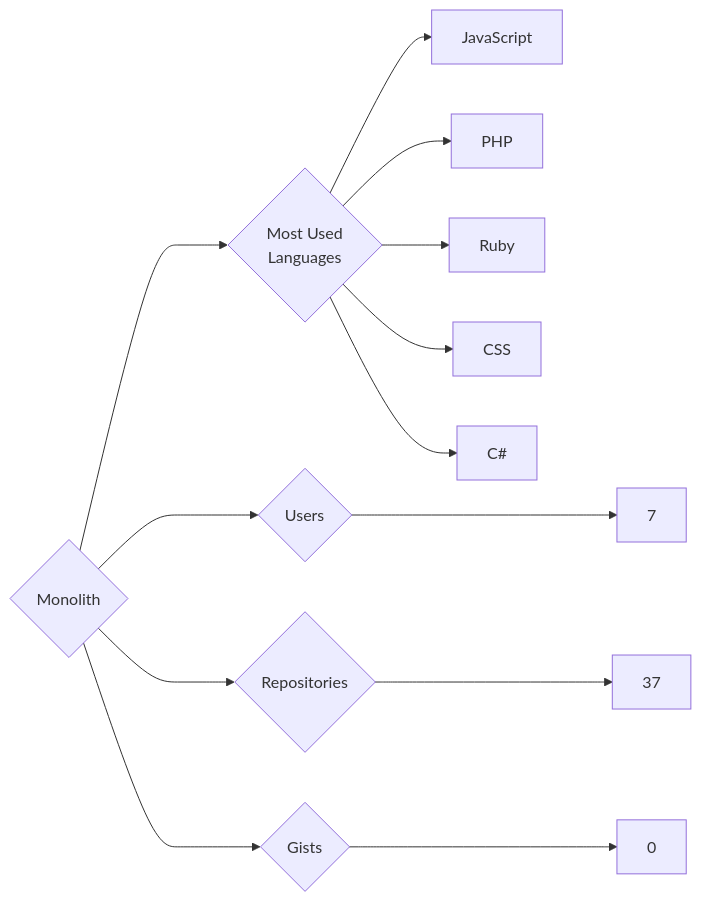
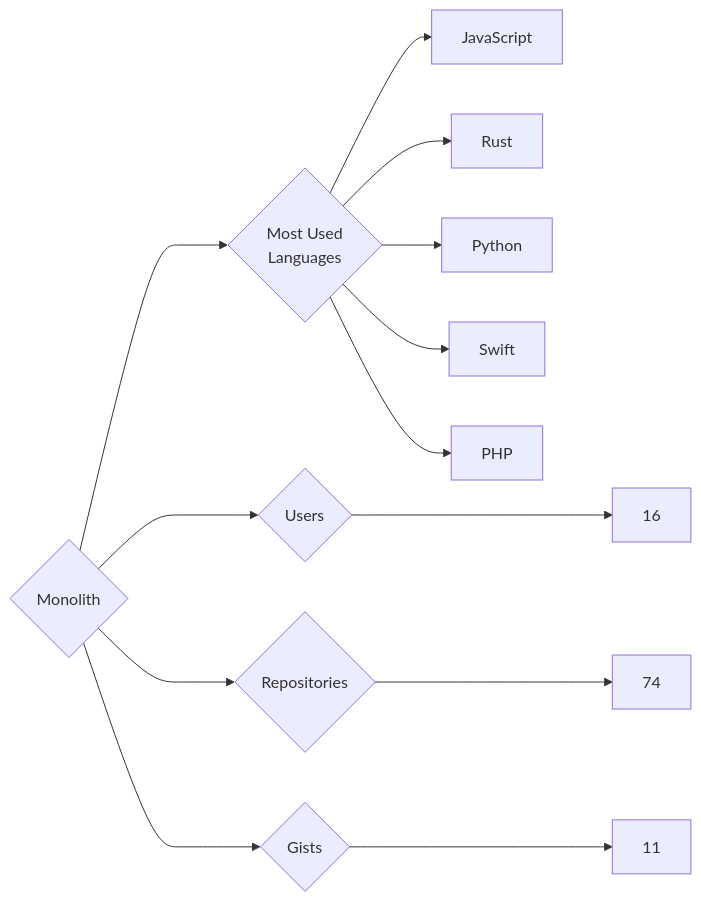
The diagram in targets/Monolith/README.md (trickest/insiders), drawn with Mermaid before and after one commit. The commit also changed 829 other files, not shown here.

````diff
--- a/targets/Monolith/README.md
+++ b/targets/Monolith/README.md
@@ -3,13 +3,13 @@
 ```mermaid
 graph LR
 COMPANY_NAME{Monolith}
-COMPANY_NAME ---> U{Users} ---> UN[7]
-COMPANY_NAME ---> R{Repositories} ---> RN[37]
-COMPANY_NAME ---> G{Gists} ---> GN[0]
+COMPANY_NAME ---> U{Users} ---> UN[16]
+COMPANY_NAME ---> R{Repositories} ---> RN[74]
+COMPANY_NAME ---> G{Gists} ---> GN[11]
 COMPANY_NAME ---> ML{Most Used<br>Languages}
-ML --> JavaScript
-ML --> PHP
-ML --> Ruby
-ML --> CSS
-ML --> C#
+ML --> JavaScript[JavaScript]
+ML --> Rust[Rust]
+ML --> Python[Python]
+ML --> Swift[Swift]
+ML --> PHP[PHP]
 ```
````
